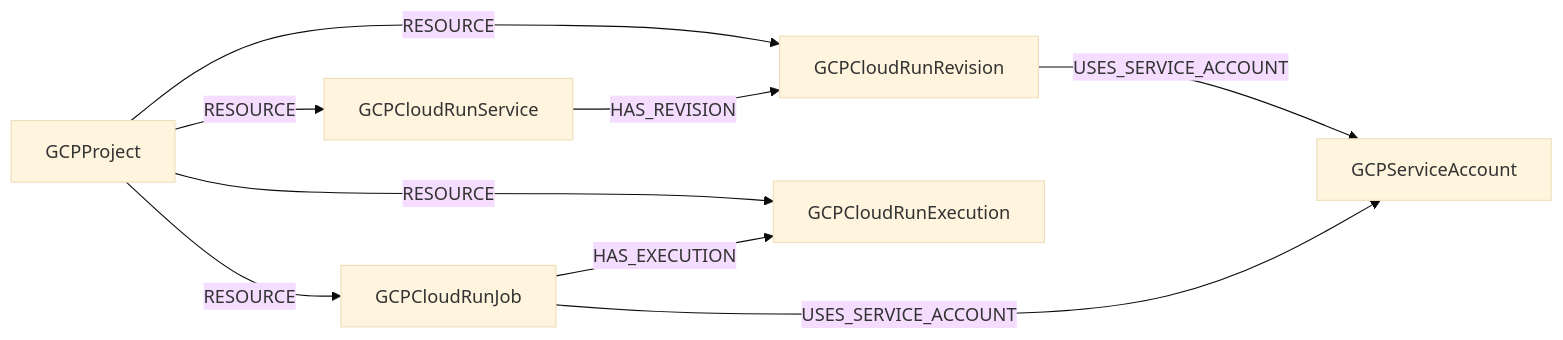
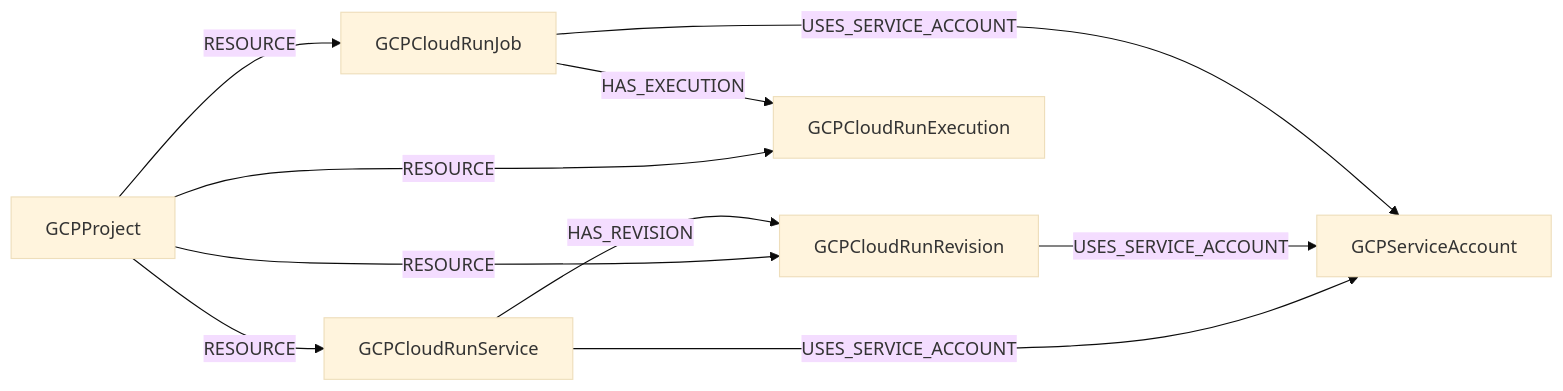
Before and after one commit to sec-js/cartography: the second of 2 diagrams in docs/root/modules/gcp/schema.md, drawn with Mermaid (base theme). The commit also changed other lines of this file and 4 other files, not shown here.

````diff
--- a/docs/root/modules/gcp/schema.md
+++ b/docs/root/modules/gcp/schema.md
@@ -1767,20 +1767,21 @@
 ```mermaid
 graph LR
     Project[GCPProject]
     Service[GCPCloudRunService]
     Revision[GCPCloudRunRevision]
     Job[GCPCloudRunJob]
     Execution[GCPCloudRunExecution]
     ServiceAccount[GCPServiceAccount]
 
     Project -->|RESOURCE| Service
     Project -->|RESOURCE| Revision
     Project -->|RESOURCE| Job
     Project -->|RESOURCE| Execution
 
     Service -->|HAS_REVISION| Revision
     Job -->|HAS_EXECUTION| Execution
 
+    Service -->|USES_SERVICE_ACCOUNT| ServiceAccount
     Revision -->|USES_SERVICE_ACCOUNT| ServiceAccount
     Job -->|USES_SERVICE_ACCOUNT| ServiceAccount
 ```
````
